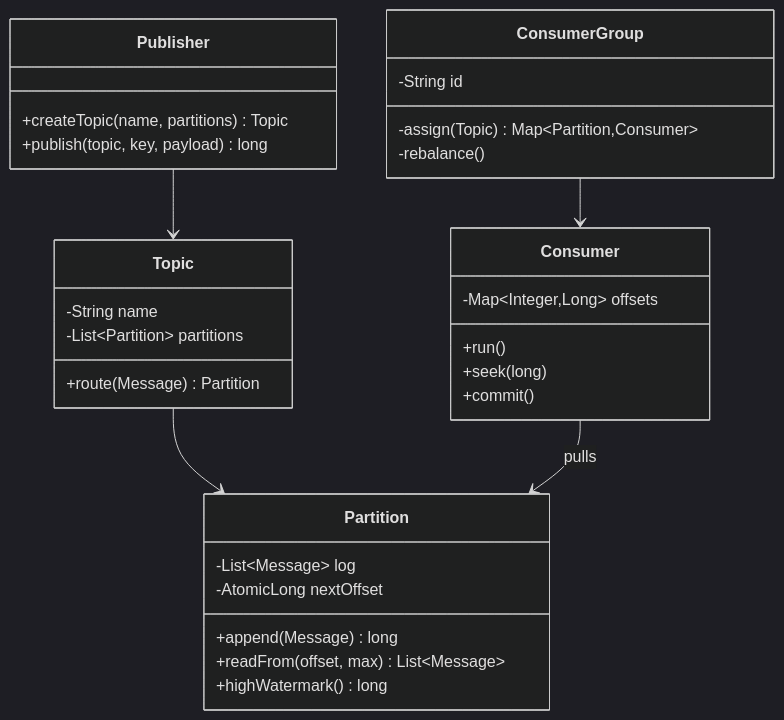
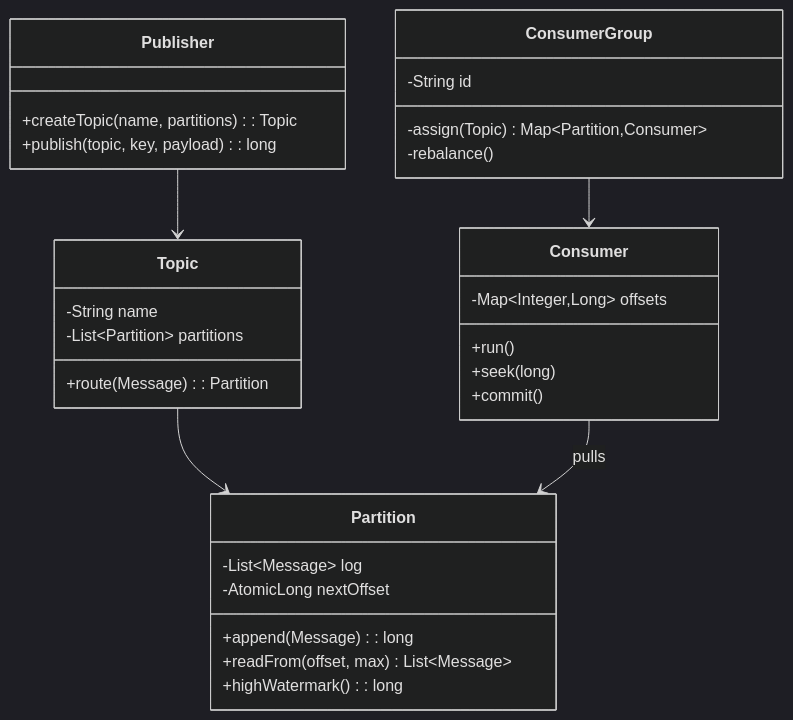
Before and after one commit to iamitgupta/system-design-LLD-basic: diagram 20 of 59 in Readme.md, drawn with Mermaid (dark theme). The commit also changed other lines of this file, not shown here.

````diff
--- a/Readme.md
+++ b/Readme.md
@@ -2109,34 +2890,34 @@
 ```mermaid
 classDiagram
  class Publisher {
- +createTopic(name, partitions) Topic
- +publish(topic, key, payload) long
+ +createTopic(name, partitions): Topic
+ +publish(topic, key, payload): long
  }
  class Topic {
  -String name
  -List~Partition~ partitions
- +route(Message) Partition
+ +route(Message): Partition
  }
  class Partition {
  -List~Message~ log
  -AtomicLong nextOffset
- +append(Message) long
+ +append(Message): long
  +readFrom(offset, max) List~Message~
- +highWatermark() long
+ +highWatermark(): long
  }
  class Consumer {
  -Map~Integer,Long~ offsets
  +run()
  +seek(long)
  +commit()
  }
  class ConsumerGroup {
  -String id
  -assign(Topic) Map~Partition,Consumer~
  -rebalance()
  }
  Publisher --> Topic
  Topic --> Partition
  ConsumerGroup --> Consumer
  Consumer --> Partition : pulls
 ```
````
